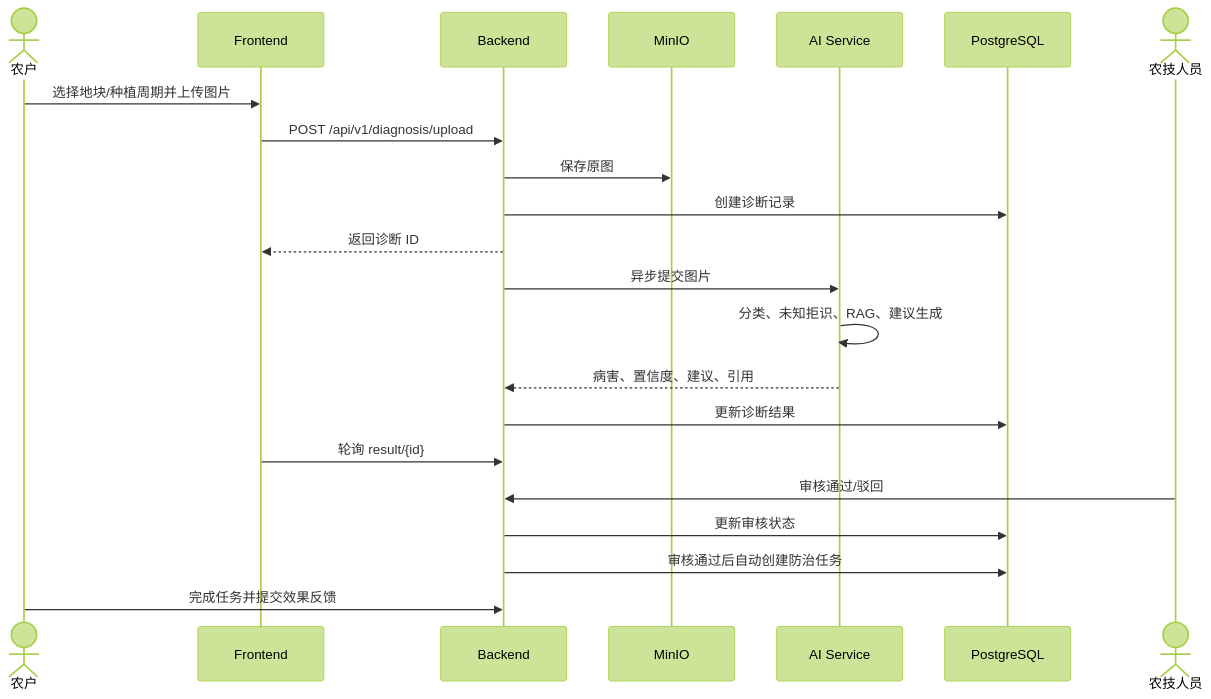
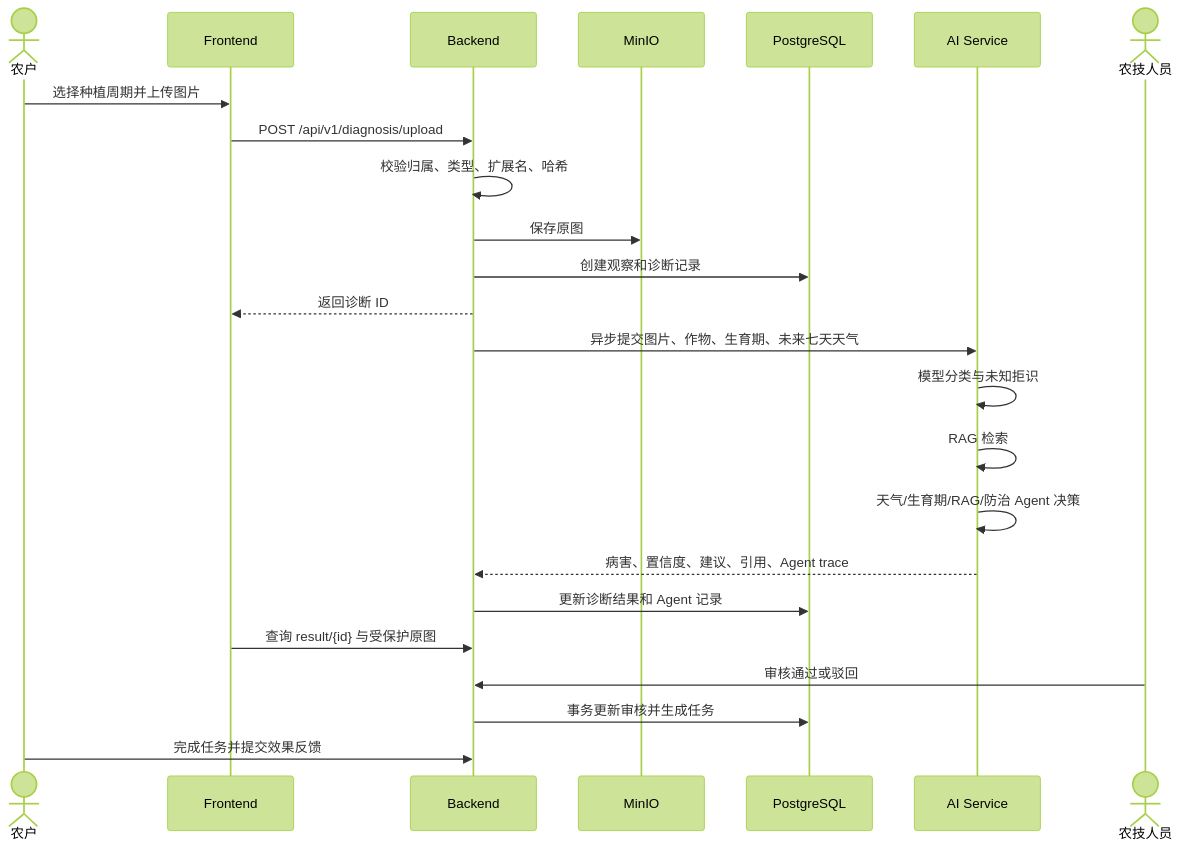
The third of 4 diagrams in docs/architecture.md (anjielina-11/-), drawn with Mermaid (forest theme) before and after one commit. The commit also changed other lines of this file and 24 other files, not shown here.

````diff
--- a/docs/architecture.md
+++ b/docs/architecture.md
@@ -35,25 +72,27 @@
 ```mermaid
 sequenceDiagram
     actor F as 农户
     participant UI as Frontend
     participant B as Backend
     participant S as MinIO
+    participant DB as PostgreSQL
     participant AI as AI Service
-    participant DB as PostgreSQL
     actor T as 农技人员
 
-    F->>UI: 选择地块/种植周期并上传图片
+    F->>UI: 选择种植周期并上传图片
     UI->>B: POST /api/v1/diagnosis/upload
+    B->>B: 校验归属、类型、扩展名、哈希
     B->>S: 保存原图
-    B->>DB: 创建诊断记录
+    B->>DB: 创建观察和诊断记录
     B-->>UI: 返回诊断 ID
-    B->>AI: 异步提交图片
-    AI->>AI: 分类、未知拒识、RAG、建议生成
-    AI-->>B: 病害、置信度、建议、引用
-    B->>DB: 更新诊断结果
-    UI->>B: 轮询 result/{id}
-    T->>B: 审核通过/驳回
-    B->>DB: 更新审核状态
-    B->>DB: 审核通过后自动创建防治任务
+    B->>AI: 异步提交图片、作物、生育期、未来七天天气
+    AI->>AI: 模型分类与未知拒识
+    AI->>AI: RAG 检索
+    AI->>AI: 天气/生育期/RAG/防治 Agent 决策
+    AI-->>B: 病害、置信度、建议、引用、Agent trace
+    B->>DB: 更新诊断结果和 Agent 记录
+    UI->>B: 查询 result/{id} 与受保护原图
+    T->>B: 审核通过或驳回
+    B->>DB: 事务更新审核并生成任务
     F->>B: 完成任务并提交效果反馈
 ```
````
